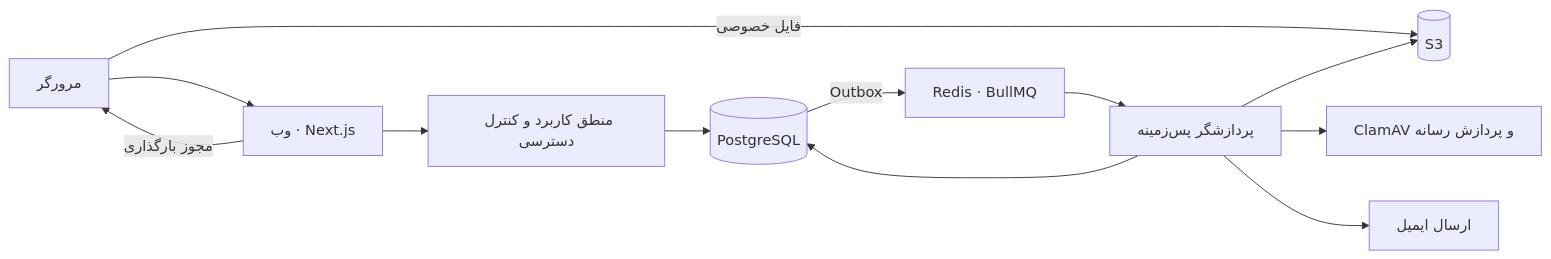
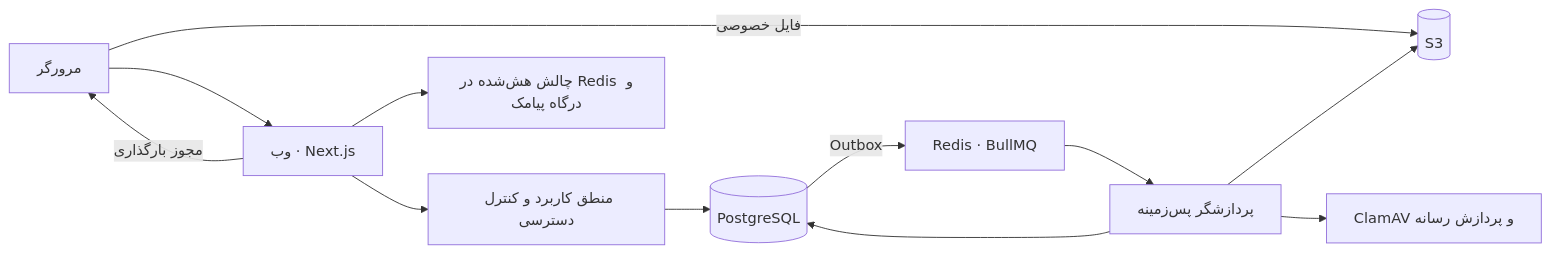
One commit to Kourosh37/niticket changed the diagram in TECHNICAL.md. Above: the diagram before and after it, drawn with Mermaid. The commit also changed other lines of this file and 64 other files, not shown here.

````diff
--- a/TECHNICAL.md
+++ b/TECHNICAL.md
@@ -30,14 +30,14 @@
 ```mermaid
 flowchart LR
   Browser[مرورگر] --> Web[وب · Next.js]
   Web --> Core[منطق کاربرد و کنترل دسترسی]
   Core --> DB[(PostgreSQL)]
   Web -->|مجوز بارگذاری| Browser
   Browser -->|فایل خصوصی| Storage[(S3)]
   DB -->|Outbox| Queue[Redis · BullMQ]
   Queue --> Worker[پردازشگر پس‌زمینه]
   Worker --> DB
   Worker --> Storage
   Worker --> Scan[ClamAV و پردازش رسانه]
-  Worker --> SMTP[ارسال ایمیل]
+  Web --> OTP[چالش هش‌شده در Redis و درگاه پیامک]
 ```
````
